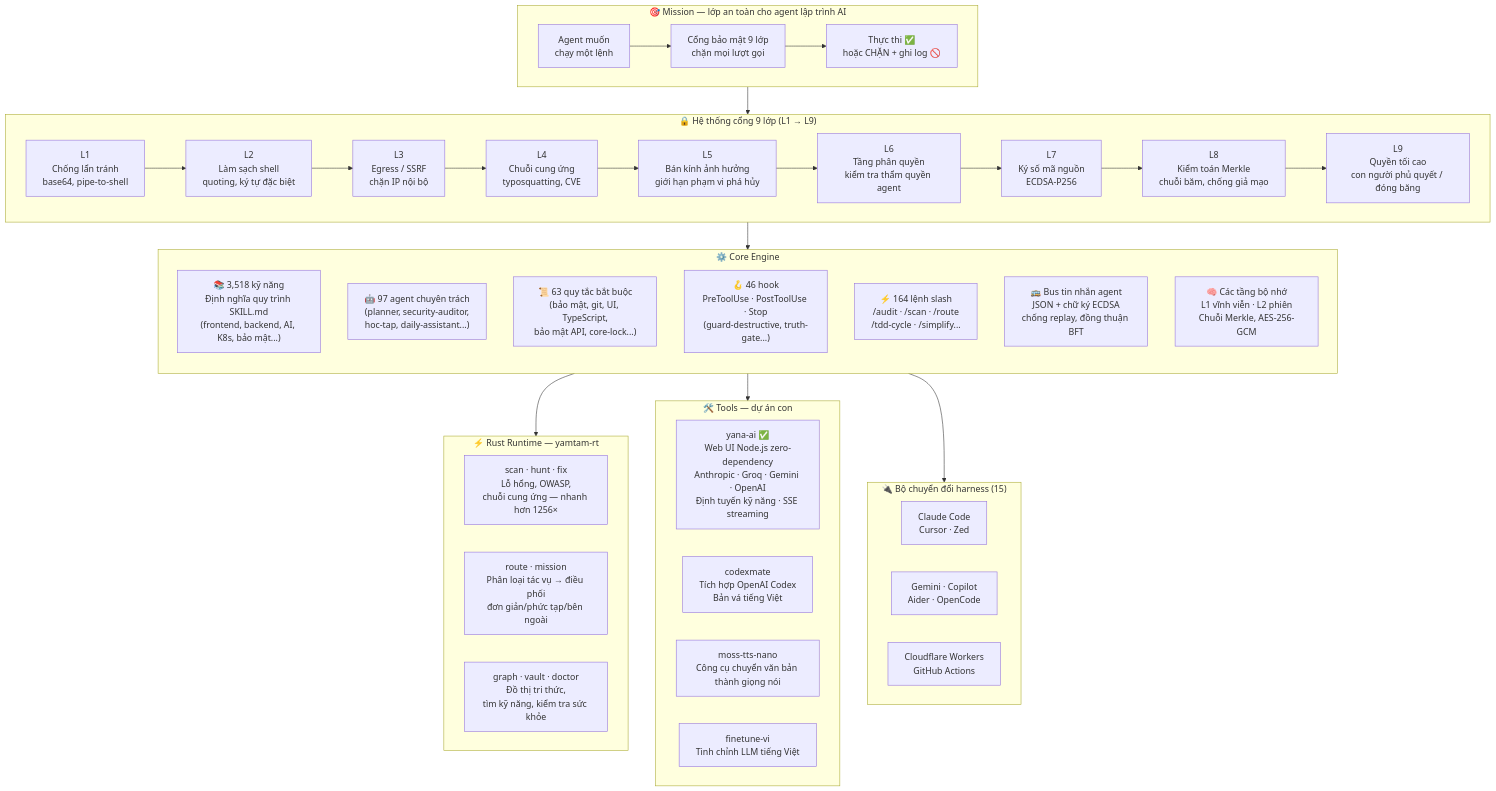
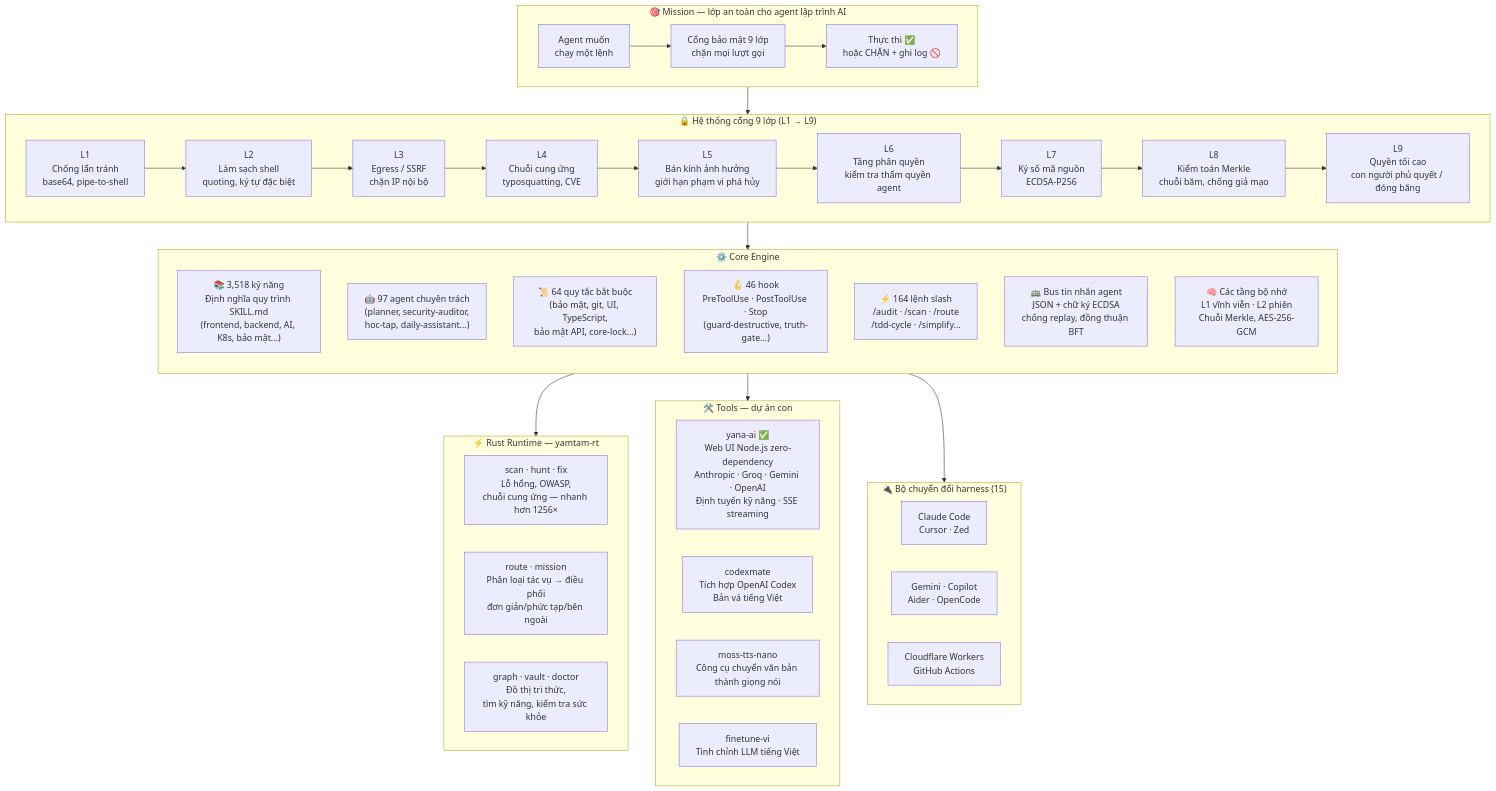
Before and after one commit to yanacuti1121/Yana-AI: the diagram in README.vi.md, drawn with Mermaid. The commit also changed other lines of this file and 5 other files, not shown here.

````diff
--- a/README.vi.md
+++ b/README.vi.md
@@ -81,70 +81,70 @@
 ```mermaid
 graph TB
     %% ── Mission ──────────────────────────────────────────────────────────
     subgraph MISSION["🎯 Mission — lớp an toàn cho agent lập trình AI"]
         direction LR
         AGENT["Agent muốn\nchạy một lệnh"]
         GATE["Cổng bảo mật 9 lớp\nchặn mọi lượt gọi"]
         OUT["Thực thi ✅\nhoặc CHẶN + ghi log 🚫"]
         AGENT --> GATE --> OUT
     end
 
     %% ── Gate layers ──────────────────────────────────────────────────────
     subgraph GATES["🔒 Hệ thống cổng 9 lớp (L1 → L9)"]
         direction LR
         G1["L1\nChống lẩn tránh\nbase64, pipe-to-shell"]
         G2["L2\nLàm sạch shell\nquoting, ký tự đặc biệt"]
         G3["L3\nEgress / SSRF\nchặn IP nội bộ"]
         G4["L4\nChuỗi cung ứng\ntyposquatting, CVE"]
         G5["L5\nBán kính ảnh hưởng\ngiới hạn phạm vi phá hủy"]
         G6["L6\nTầng phân quyền\nkiểm tra thẩm quyền agent"]
         G7["L7\nKý số mã nguồn\nECDSA-P256"]
         G8["L8\nKiểm toán Merkle\nchuỗi băm, chống giả mạo"]
         G9["L9\nQuyền tối cao\ncon người phủ quyết / đóng băng"]
         G1 --> G2 --> G3 --> G4 --> G5 --> G6 --> G7 --> G8 --> G9
     end
 
     %% ── Core engine ──────────────────────────────────────────────────────
     subgraph CORE["⚙️ Core Engine"]
         direction TB
         SKILLS["📚 3,518 kỹ năng\nĐịnh nghĩa quy trình SKILL.md\n(frontend, backend, AI, K8s, bảo mật...)"]
         AGENTS["🤖 97 agent chuyên trách\n(planner, security-auditor,\nhoc-tap, daily-assistant...)"]
-        RULES["📜 63 quy tắc bắt buộc\n(bảo mật, git, UI, TypeScript,\nbảo mật API, core-lock...)"]
+        RULES["📜 64 quy tắc bắt buộc\n(bảo mật, git, UI, TypeScript,\nbảo mật API, core-lock...)"]
         HOOKS["🪝 46 hook\nPreToolUse · PostToolUse · Stop\n(guard-destructive, truth-gate...)"]
         CMDS["⚡ 164 lệnh slash\n/audit · /scan · /route\n/tdd-cycle · /simplify..."]
         BUS["🚌 Bus tin nhắn agent\nJSON + chữ ký ECDSA\nchống replay, đồng thuận BFT"]
         MEM["🧠 Các tầng bộ nhớ\nL1 vĩnh viễn · L2 phiên\nChuỗi Merkle, AES-256-GCM"]
     end
 
     %% ── Rust runtime ─────────────────────────────────────────────────────
     subgraph RT["⚡ Rust Runtime — yamtam-rt"]
         direction LR
         SCAN["scan · hunt · fix\nLỗ hổng, OWASP,\nchuỗi cung ứng — nhanh hơn 1256×"]
         ROUTE["route · mission\nPhân loại tác vụ → điều phối\nđơn giản/phức tạp/bên ngoài"]
         VAULT["graph · vault · doctor\nĐồ thị tri thức,\ntìm kỹ năng, kiểm tra sức khỏe"]
     end
 
     %% ── Tools ────────────────────────────────────────────────────────────
     subgraph TOOLS["🛠️ Tools — dự án con"]
         direction LR
         YANA["yana-ai ✅\nWeb UI Node.js zero-dependency\nAnthropic · Groq · Gemini · OpenAI\nĐịnh tuyến kỹ năng · SSE streaming"]
         CODEXMATE["codexmate\nTích hợp OpenAI Codex\nBản vá tiếng Việt"]
         MOSS["moss-tts-nano\nCông cụ chuyển văn bản thành giọng nói"]
         FINETUNE["finetune-vi\nTinh chỉnh LLM tiếng Việt"]
     end
 
     %% ── Harness adapters ─────────────────────────────────────────────────
     subgraph HARNESS["🔌 Bộ chuyển đổi harness (15)"]
         direction LR
         H1["Claude Code\nCursor · Zed"]
         H2["Gemini · Copilot\nAider · OpenCode"]
         H3["Cloudflare Workers\nGitHub Actions"]
     end
 
     %% ── Connections ──────────────────────────────────────────────────────
     MISSION --> GATES
     GATES --> CORE
     CORE --> RT
     CORE --> TOOLS
     CORE --> HARNESS
 ```
````
